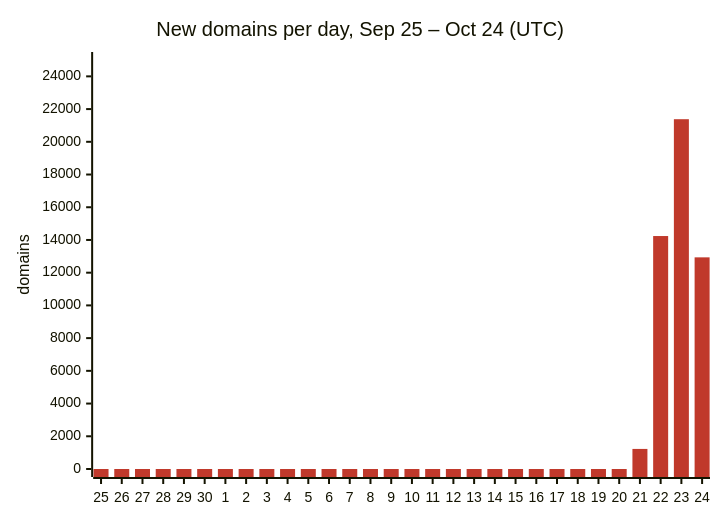
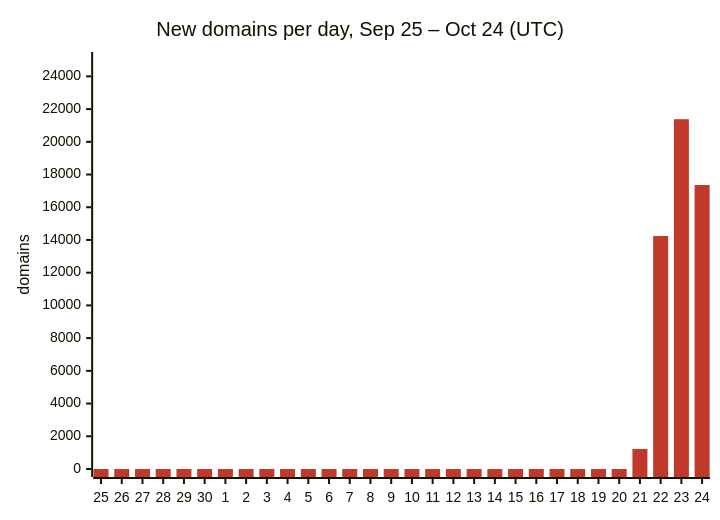
Before and after one commit to DNSBunker/CTI: the first of 3 diagrams in README.md, drawn with Mermaid. The commit also changed other lines of this file and 3 other files, not shown here.

````diff
--- a/README.md
+++ b/README.md
@@ -29,8 +29,8 @@
 ```mermaid
 %%{init: {"themeVariables": {"xyChart": {"plotColorPalette": "#c0392b"}}}}%%
 xychart-beta
     title "New domains per day, Sep 25 – Oct 24 (UTC)"
     x-axis ["25", "26", "27", "28", "29", "30", "1", "2", "3", "4", "5", "6", "7", "8", "9", "10", "11", "12", "13", "14", "15", "16", "17", "18", "19", "20", "21", "22", "23", "24"]
     y-axis "domains" 0 --> 25000
-    bar [0, 0, 0, 0, 0, 0, 0, 0, 0, 0, 0, 0, 0, 0, 0, 0, 0, 0, 0, 0, 0, 0, 0, 0, 0, 0, 1227, 14240, 21381, 12937]
+    bar [0, 0, 0, 0, 0, 0, 0, 0, 0, 0, 0, 0, 0, 0, 0, 0, 0, 0, 0, 0, 0, 0, 0, 0, 0, 0, 1227, 14240, 21381, 17360]
 ```
````
